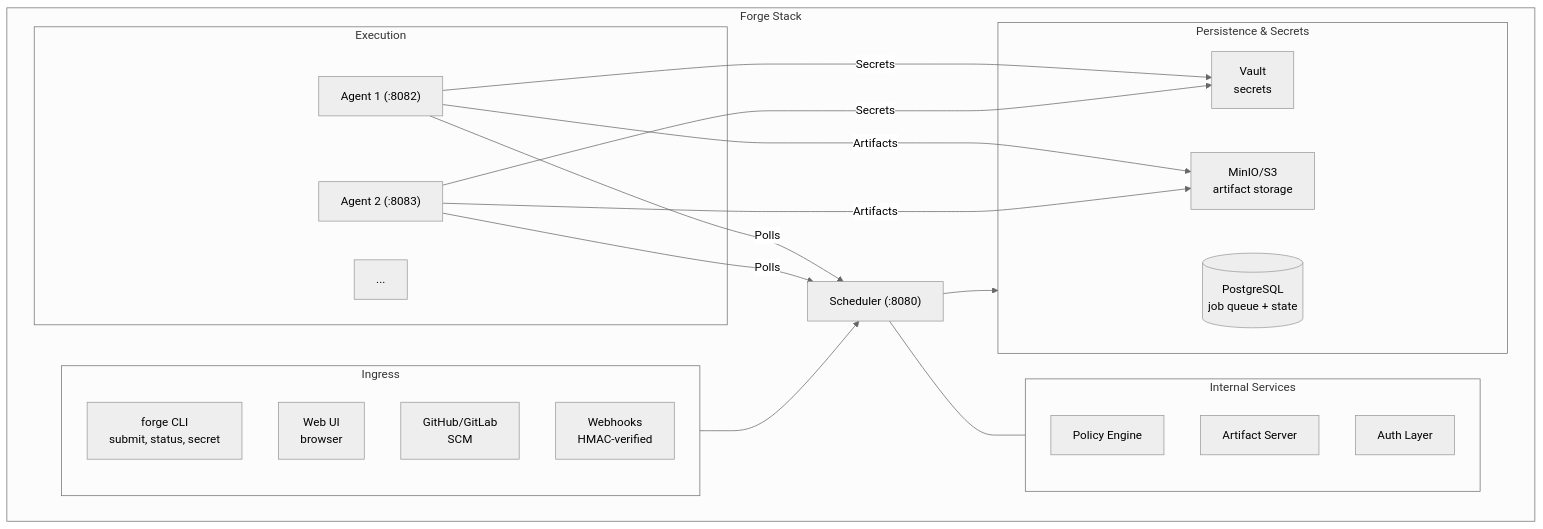
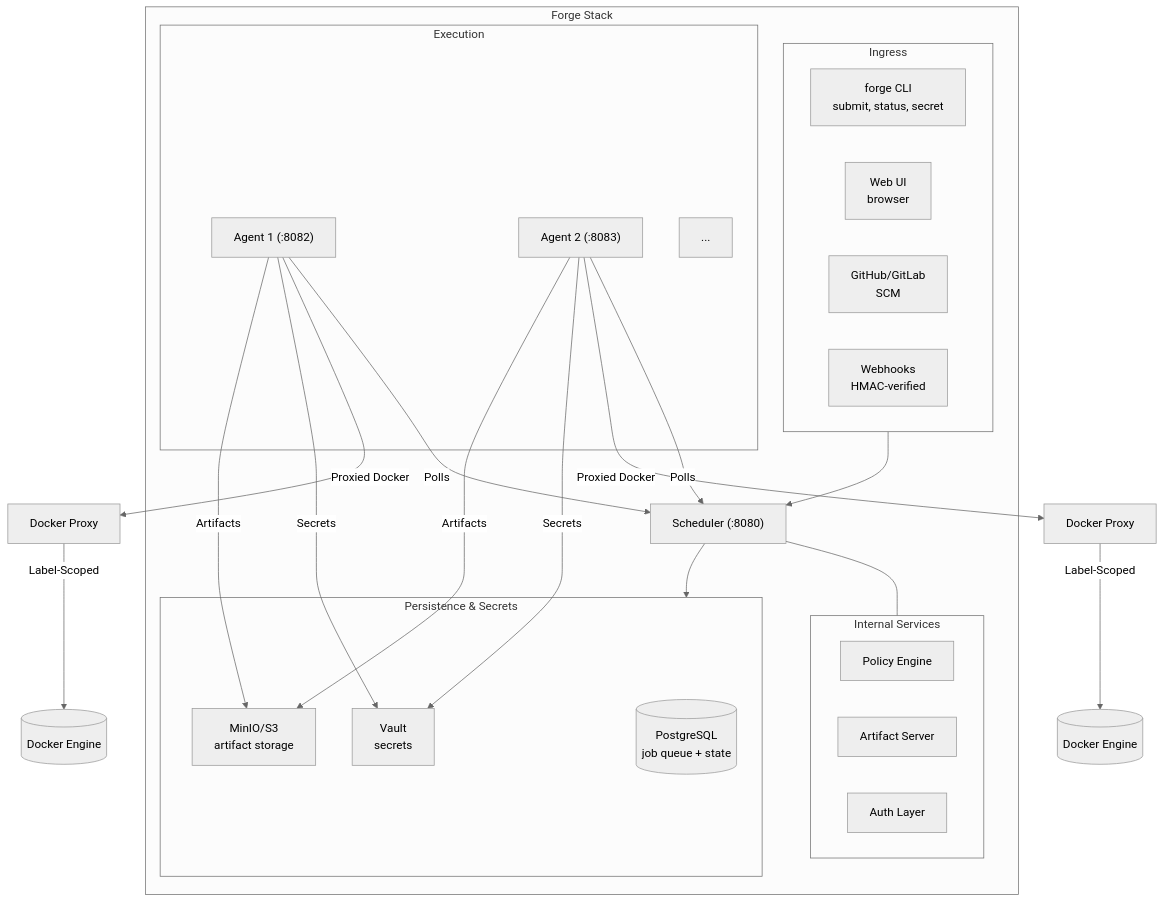
The diagram in docs/Architecture.md (JBraunsmaJr/Forge), drawn with Mermaid (neutral theme) before and after one commit. The commit also changed other lines of this file and 15 other files, not shown here.

Commit message:
- docker proxy - some fixes with integratio ntests - doc updates

````diff
--- a/docs/Architecture.md
+++ b/docs/Architecture.md
@@ -9,44 +9,50 @@
 ```mermaid
 graph TD
     subgraph "Forge Stack"
         subgraph IG ["Ingress"]
             CLI[forge CLI<br/>submit, status, secret]
             UI[Web UI<br/>browser]
             SCM[GitHub/GitLab<br/>SCM]
             Webhooks[Webhooks<br/>HMAC-verified]
         end
 
         Scheduler["Scheduler (:8080)"]
         
         subgraph IS ["Internal Services"]
             Policy[Policy Engine]
             Artifact[Artifact Server]
             Auth[Auth Layer]
         end
 
         subgraph PS ["Persistence & Secrets"]
             DB[(PostgreSQL<br/>job queue + state)]
             Vault[Vault<br/>secrets]
             S3[MinIO/S3<br/>artifact storage]
         end
 
         subgraph EX ["Execution"]
             Agent1["Agent 1 (:8082)"]
             Agent2["Agent 2 (:8083)"]
             AgentN[...]
         end
     end
 
     IG --> Scheduler
     Scheduler --- IS
     Scheduler --> PS
     
     Agent1 -- "Polls" --> Scheduler
     Agent2 -- "Polls" --> Scheduler
     
+    Agent1 -- "Proxied Docker" --> Proxy1[Docker Proxy]
+    Agent2 -- "Proxied Docker" --> Proxy2[Docker Proxy]
+
+    Proxy1 -- "Label-Scoped" --> Docker1[(Docker Engine)]
+    Proxy2 -- "Label-Scoped" --> Docker2[(Docker Engine)]
+
     Agent1 -- "Secrets" --> Vault
     Agent2 -- "Secrets" --> Vault
     
     Agent1 -- "Artifacts" --> S3
     Agent2 -- "Artifacts" --> S3
 ```
````
